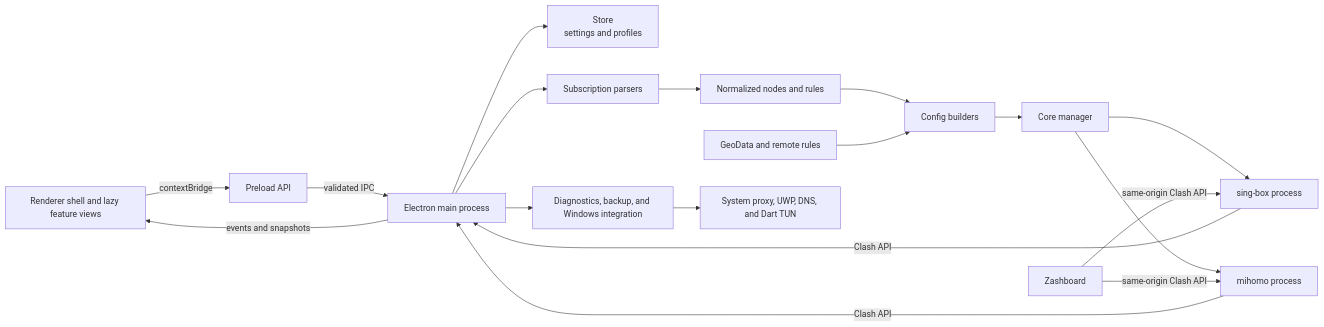
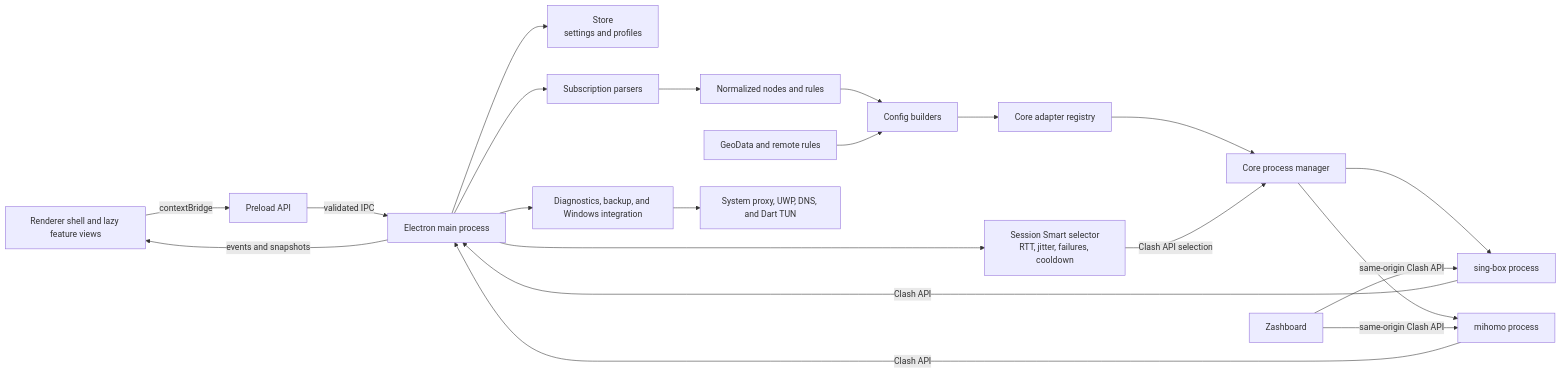
Before and after one commit to blakebill/dart: the diagram in README.md, drawn with Mermaid. The commit also changed other lines of this file and 53 other files, not shown here.

First line of the commit message:
Smart selection & operation coordinator

````diff
--- a/README.md
+++ b/README.md
@@ -62,24 +62,28 @@
 ```mermaid
 flowchart LR
     UI["Renderer shell and lazy feature views"] -->|"contextBridge"| PRELOAD["Preload API"]
     PRELOAD -->|"validated IPC"| MAIN["Electron main process"]
 
     MAIN --> STORE["Store\nsettings and profiles"]
     MAIN --> SUB["Subscription parsers"]
     MAIN --> TOOLS["Diagnostics, backup, and Windows integration"]
     SUB --> MODEL["Normalized nodes and rules"]
     MODEL --> CONVERT["Config builders"]
 
-    CONVERT --> MANAGER["Core manager"]
+    CONVERT --> ADAPTER["Core adapter registry"]
+    ADAPTER --> MANAGER["Core process manager"]
     MANAGER --> SB["sing-box process"]
     MANAGER --> MH["mihomo process"]
+
+    MAIN --> SMART["Session Smart selector\nRTT, jitter, failures, cooldown"]
+    SMART -->|"Clash API selection"| MANAGER
 
     SB -->|"Clash API"| MAIN
     MH -->|"Clash API"| MAIN
     MAIN -->|"events and snapshots"| UI
 
     GEO["GeoData and remote rules"] --> CONVERT
     TOOLS --> SYSTEM["System proxy, UWP, DNS, and Dart TUN"]
     PANEL["Zashboard"] -->|"same-origin Clash API"| SB
     PANEL -->|"same-origin Clash API"| MH
 ```
````
